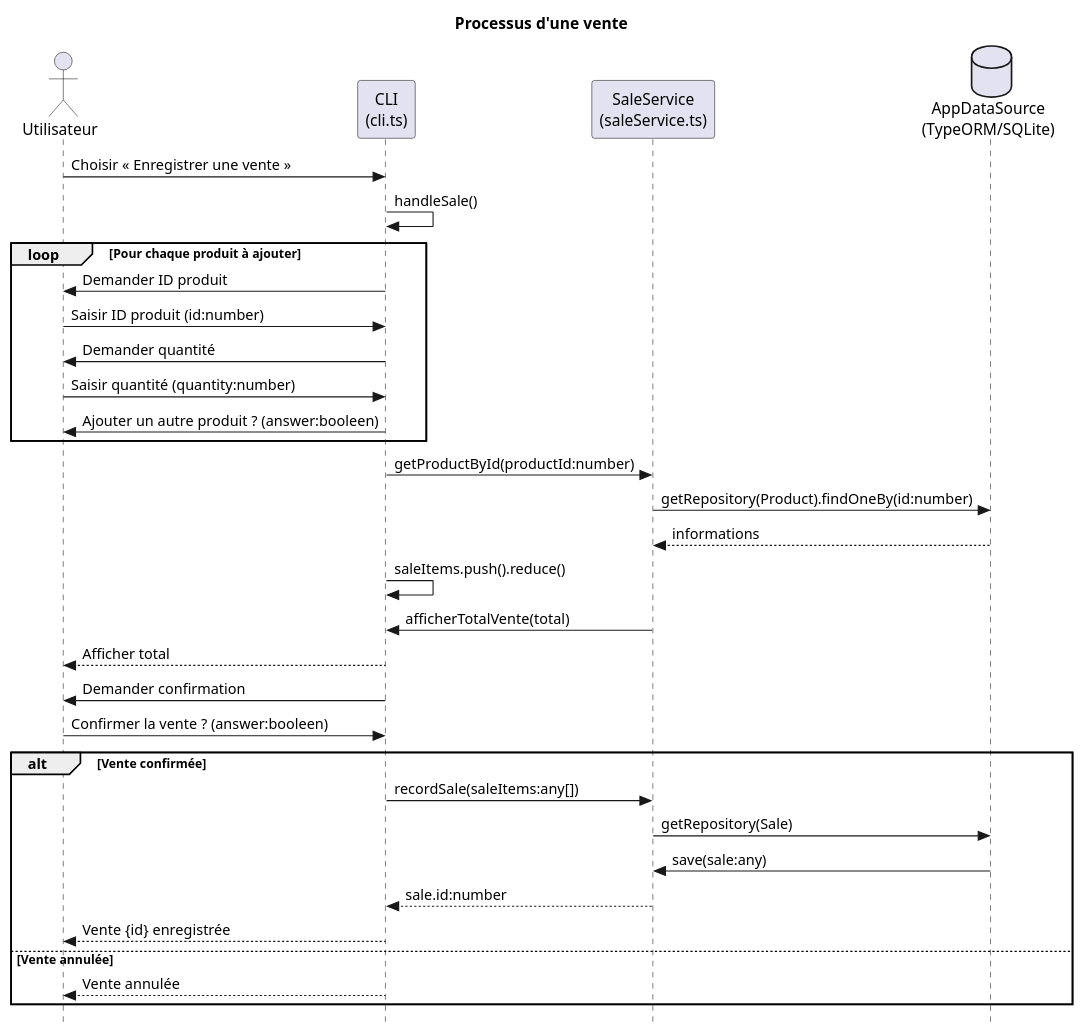
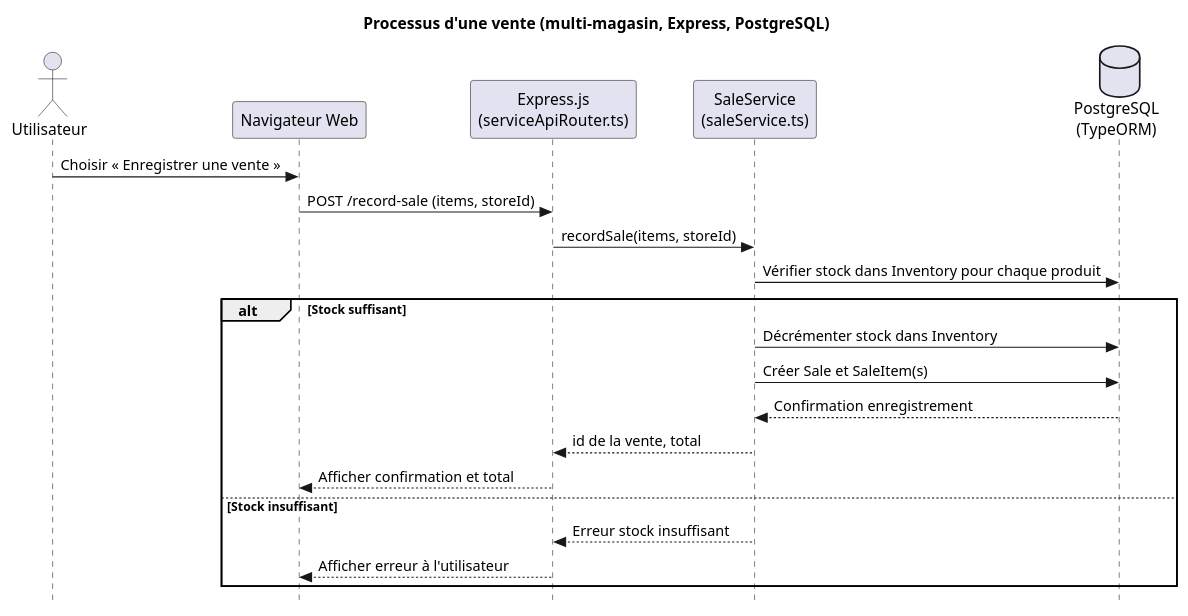
The diagram in docs/process/record-sale.puml (RaphaelMailhiot/LOG430-labo), drawn with PlantUML before and after one commit. The commit also changed 23 other files, not shown here.

Commit message:
Add Dashboard + Update UML

```diff
--- a/docs/process/record-sale.puml
+++ b/docs/process/record-sale.puml
@@ -1,42 +1,28 @@
 @startuml
 
 skinparam style strictuml
 
-title Processus d'une vente
+title Processus d'une vente (multi-magasin, Express, PostgreSQL)
+
 actor Utilisateur
-participant "CLI\n(cli.ts)" as CLI
+participant "Navigateur Web" as Web
+participant "Express.js\n(serviceApiRouter.ts)" as Express
 participant "SaleService\n(saleService.ts)" as SaleService
-database "AppDataSource\n(TypeORM/SQLite)" as Database
+database "PostgreSQL\n(TypeORM)" as Database
 
-Utilisateur -> CLI : Choisir « Enregistrer une vente »
-CLI -> CLI : handleSale()
-
-' Boucle de saisie des produits
-loop Pour chaque produit à ajouter
-    CLI -> Utilisateur : Demander ID produit
-    Utilisateur -> CLI : Saisir ID produit (id:number)
-    CLI -> Utilisateur : Demander quantité
-    Utilisateur -> CLI : Saisir quantité (quantity:number)
-    CLI -> Utilisateur : Ajouter un autre produit ? (answer:booleen)
+Utilisateur -> Web : Choisir « Enregistrer une vente »
+Web -> Express : POST /record-sale (items, storeId)
+Express -> SaleService : recordSale(items, storeId)
+SaleService -> Database : Vérifier stock dans Inventory pour chaque produit
+alt Stock suffisant
+    SaleService -> Database : Décrémenter stock dans Inventory
+    SaleService -> Database : Créer Sale et SaleItem(s)
+    Database --> SaleService : Confirmation enregistrement
+    SaleService --> Express : id de la vente, total
+    Express --> Web : Afficher confirmation et total
+else Stock insuffisant
+    SaleService --> Express : Erreur stock insuffisant
+    Express --> Web : Afficher erreur à l'utilisateur
 end
 
-CLI -> SaleService : getProductById(productId:number)
-SaleService -> Database : getRepository(Product).findOneBy(id:number)
-Database --> SaleService : informations
-CLI -> CLI : saleItems.push().reduce()
-
-SaleService -> CLI : afficherTotalVente(total)
-CLI --> Utilisateur : Afficher total
-CLI -> Utilisateur : Demander confirmation
-Utilisateur -> CLI : Confirmer la vente ? (answer:booleen)
-
-alt Vente confirmée
-    CLI -> SaleService : recordSale(saleItems:any[])
-    SaleService -> Database : getRepository(Sale)
-    Database -> SaleService : save(sale:any)
-    SaleService --> CLI : sale.id:number
-    CLI --> Utilisateur : Vente {id} enregistrée
-else Vente annulée
-    CLI --> Utilisateur : Vente annulée
-end
 @enduml
```
